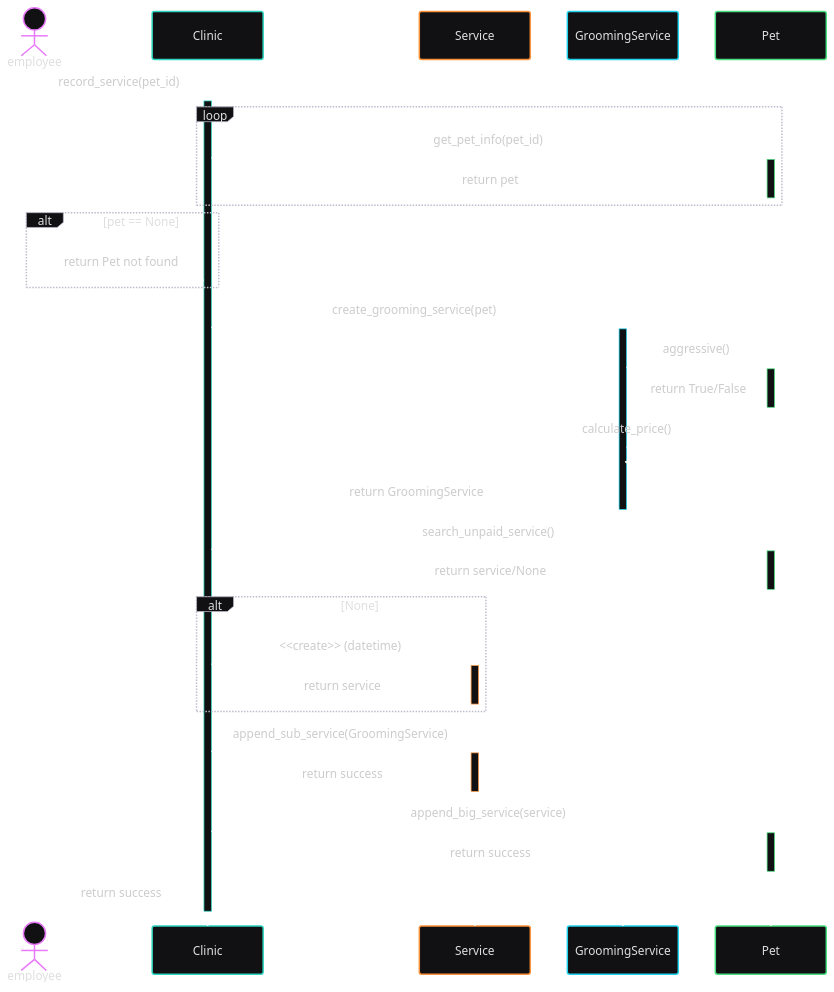
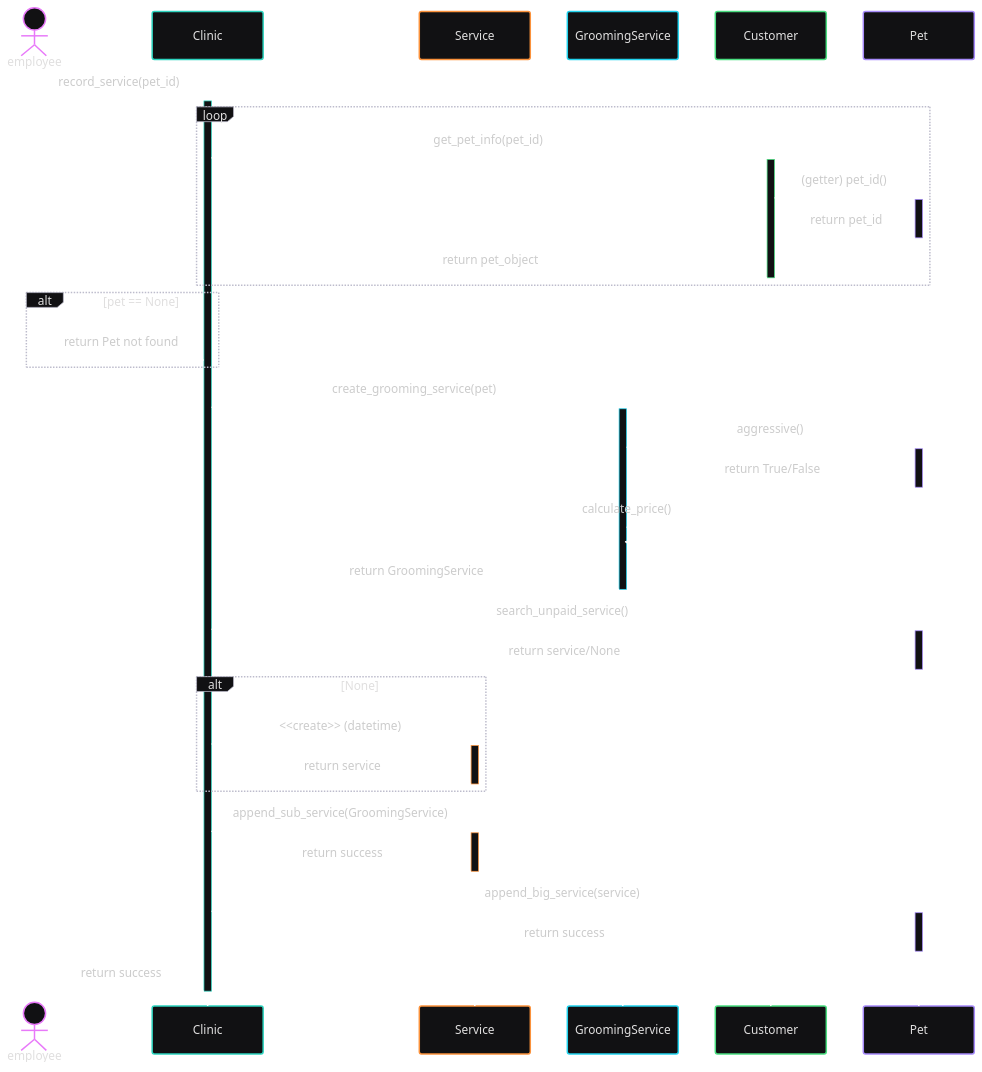
One commit to HiruKub/OOP-PROJECT_BASECODE changed the diagram in SequenceDiagram/grooming_service.mmd. Above: the diagram before and after it, drawn with Mermaid. The commit also changed 3 other files, not shown here.

Commit message:
setting sequence

```diff
--- a/SequenceDiagram/grooming_service.mmd
+++ b/SequenceDiagram/grooming_service.mmd
@@ -1,35 +1,37 @@
 ---
 config:
   theme: redux-dark-color
 ---
 sequenceDiagram
 
 actor employee
 participant Clinic
 participant Service
 participant GroomingService
 
 employee ->>+ Clinic : record_service(pet_id)
 loop
-    Clinic ->>+ Pet : get_pet_info(pet_id)
-    Pet -->>- Clinic : return pet
+    Clinic->>+Customer: get_pet_info(pet_id)
+    Customer ->>+ Pet : (getter) pet_id()
+    Pet -->>- Customer : return pet_id
+    Customer-->>-Clinic: return pet_object
 end
 alt pet == None
     Clinic -->> employee : return Pet not found
 end
 Clinic ->>+ GroomingService : create_grooming_service(pet)
 GroomingService ->>+ Pet : aggressive()
 Pet -->>- GroomingService : return True/False
 GroomingService ->> GroomingService : calculate_price()
 GroomingService -->>- Clinic : return GroomingService
 Clinic ->>+ Pet : search_unpaid_service()
 Pet -->>- Clinic : return service/None
 alt None
     Clinic ->>+ Service : <<create>> (datetime)
     Service -->>- Clinic : return service
 end
 Clinic ->>+ Service : append_sub_service(GroomingService)
 Service -->>- Clinic : return success
 Clinic ->>+ Pet : append_big_service(service)
 Pet -->>- Clinic : return success
 Clinic -->>- employee : return success
```
